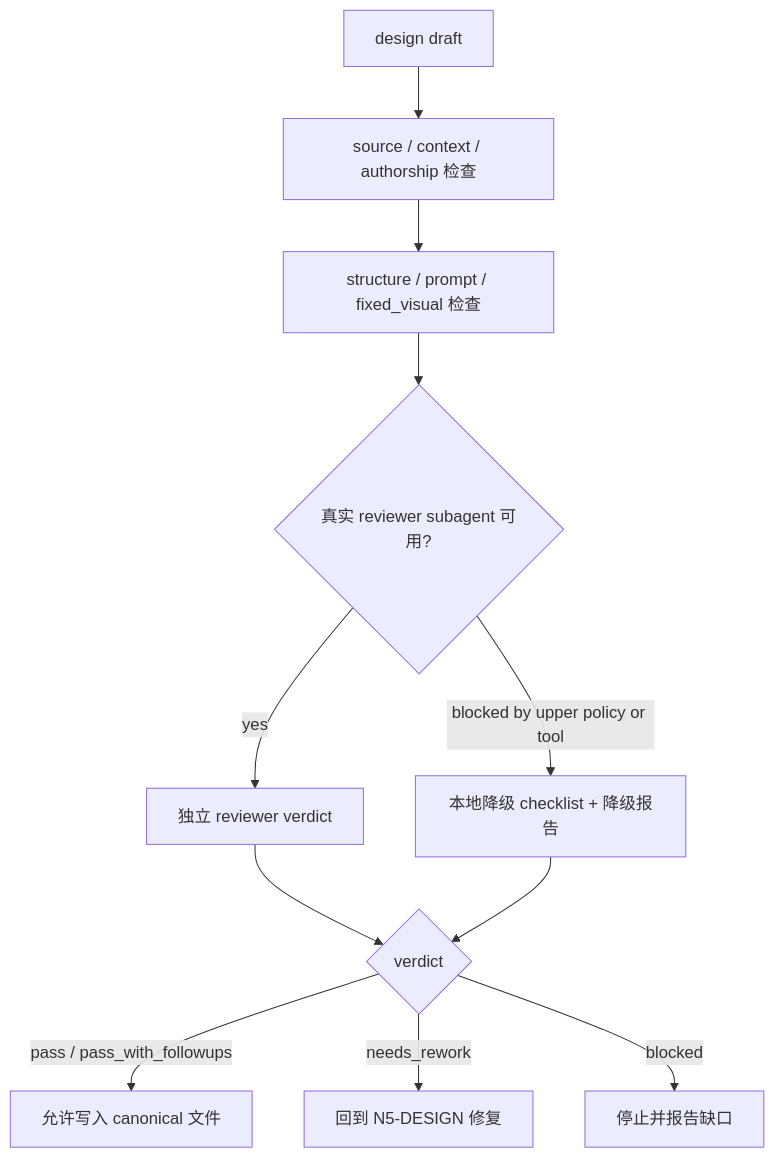
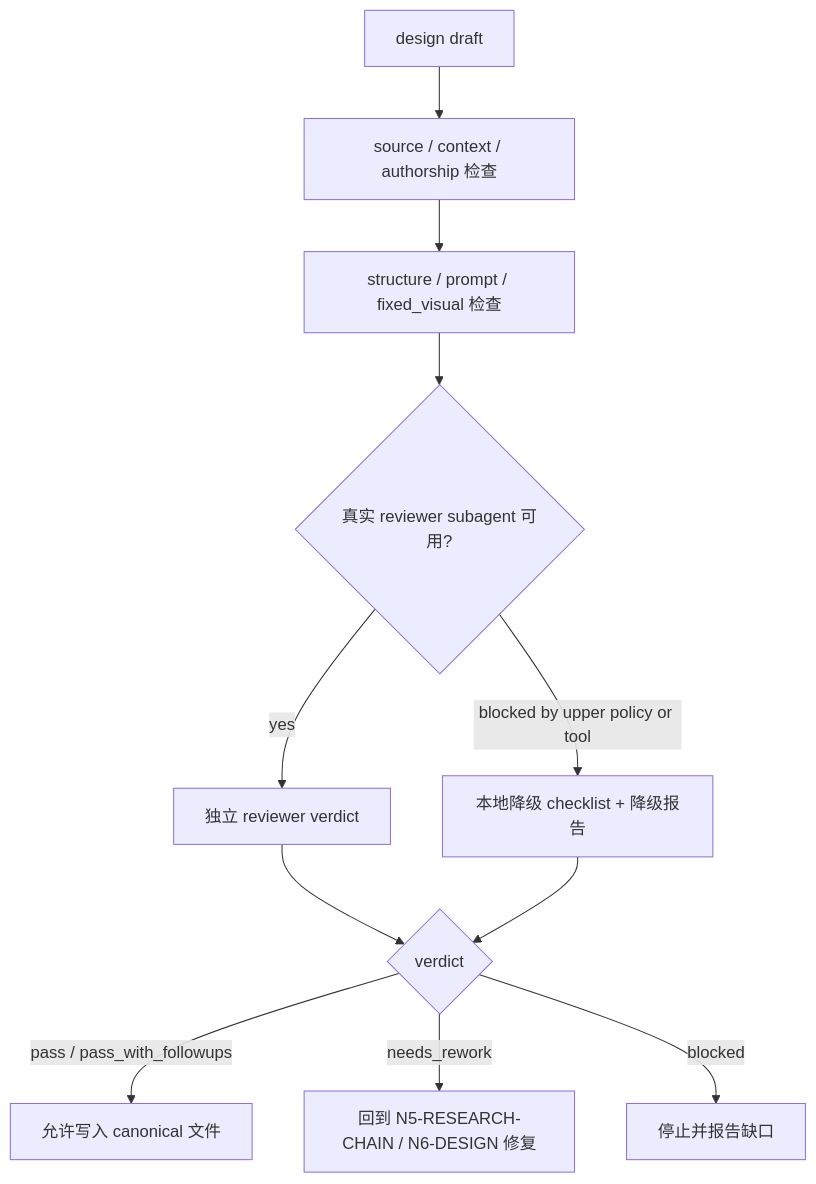
Before and after one commit to ZEN-VOID/AI-CUT: the diagram in .agents/skills/aigc/5-设计/道具/2-设计/review/review-contract.md, drawn with Mermaid. The commit also changed other lines of this file and 526 other files, not shown here.

````diff
--- a/.agents/skills/aigc/5-设计/道具/2-设计/review/review-contract.md
+++ b/.agents/skills/aigc/5-设计/道具/2-设计/review/review-contract.md
@@ -35,13 +37,13 @@
 ```mermaid
 flowchart TD
     A["design draft"] --> B["source / context / authorship 检查"]
     B --> C["structure / prompt / fixed_visual 检查"]
     C --> D{"真实 reviewer subagent 可用?"}
     D -->|"yes"| E["独立 reviewer verdict"]
     D -->|"blocked by upper policy or tool"| F["本地降级 checklist + 降级报告"]
     E --> G{"verdict"}
     F --> G
     G -->|"pass / pass_with_followups"| H["允许写入 canonical 文件"]
-    G -->|"needs_rework"| I["回到 N5-DESIGN 修复"]
+    G -->|"needs_rework"| I["回到 N5-RESEARCH-CHAIN / N6-DESIGN 修复"]
     G -->|"blocked"| J["停止并报告缺口"]
 ```
````
